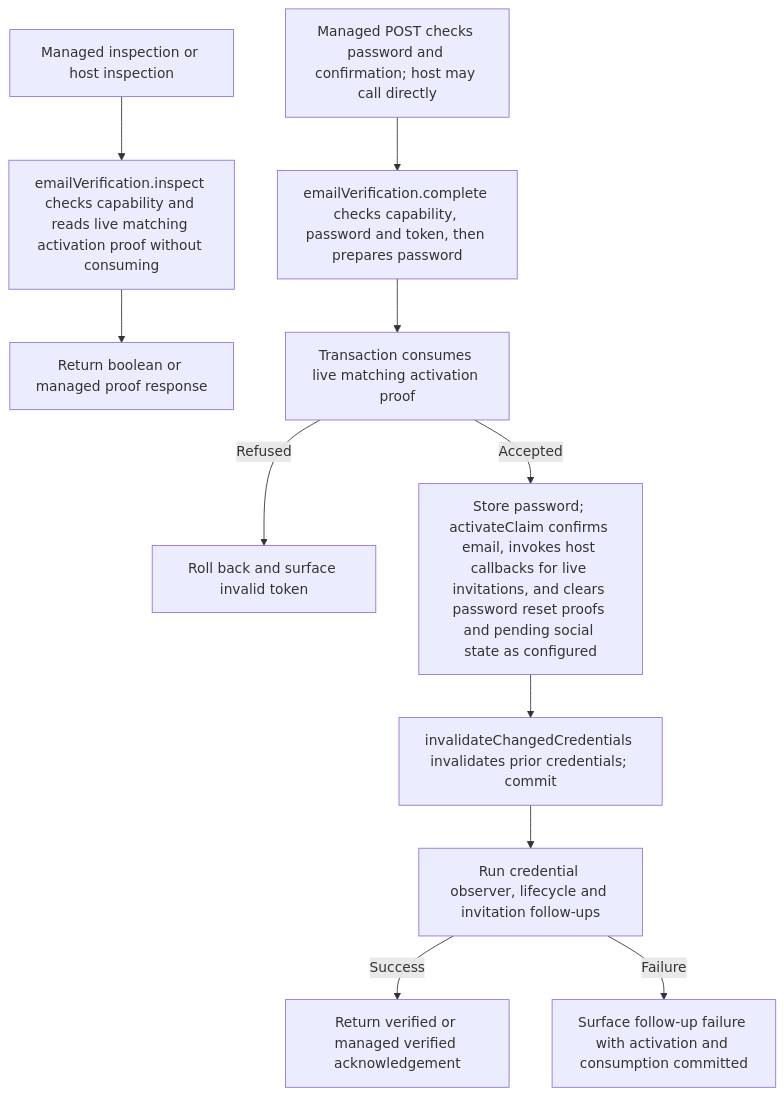
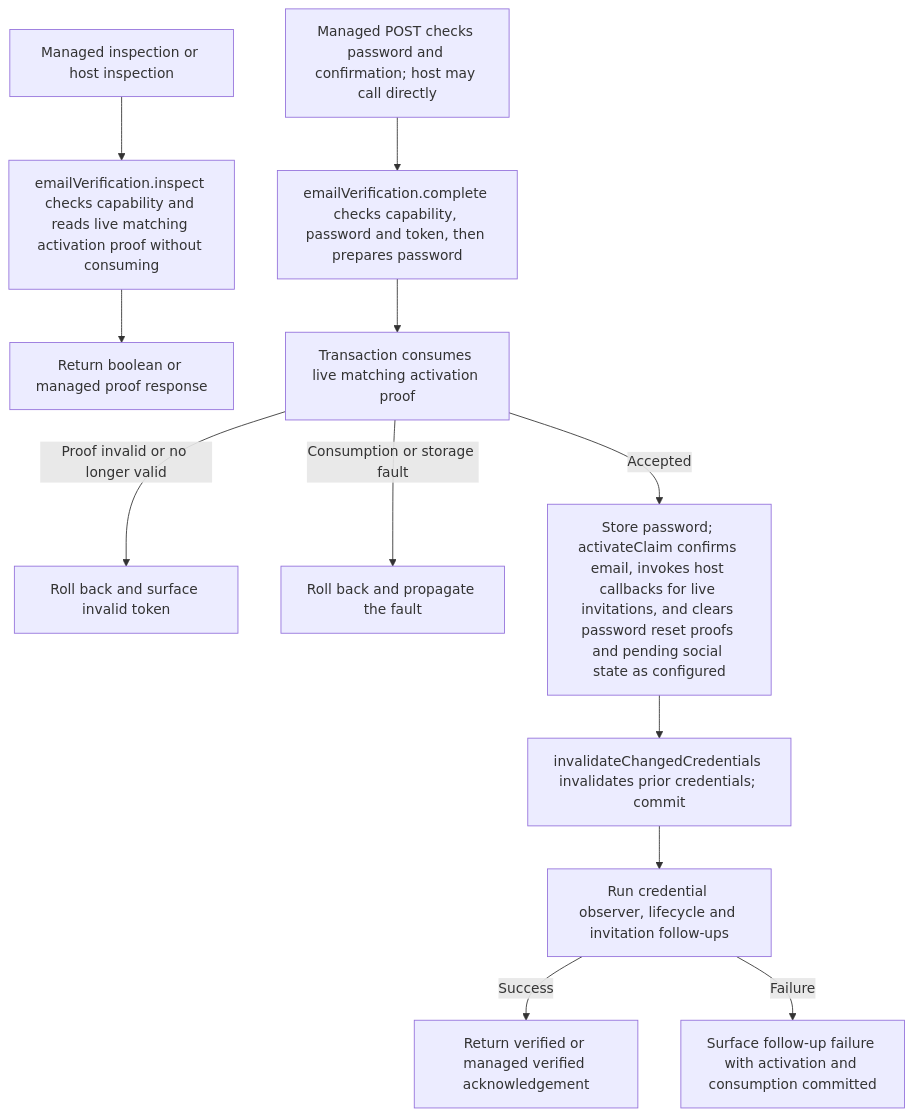
Before and after one commit to Kevinjohn/oss-adonisjs-account-kit: the second of 2 diagrams in user-stories/US-ACCOUNT-38-complete-email-verification.md, drawn with Mermaid. The commit also changed other lines of this file and 16 other files, not shown here.

````diff
--- a/user-stories/US-ACCOUNT-38-complete-email-verification.md
+++ b/user-stories/US-ACCOUNT-38-complete-email-verification.md
@@ -36,13 +36,14 @@
 ```mermaid
 flowchart TD
   M["Managed inspection or host inspection"] --> A["emailVerification.inspect checks capability and reads live matching activation proof without consuming"]
   A --> Q["Return boolean or managed proof response"]
   N["Managed POST checks password and confirmation; host may call directly"] --> E["emailVerification.complete checks capability, password and token, then prepares password"]
   E --> F["Transaction consumes live matching activation proof"]
-  F -->|Refused| R["Roll back and surface invalid token"]
+  F -->|Proof invalid or no longer valid| R["Roll back and surface invalid token"]
+  F -->|Consumption or storage fault| X["Roll back and propagate the fault"]
   F -->|Accepted| G["Store password; activateClaim confirms email, invokes host callbacks for live invitations, and clears password reset proofs and pending social state as configured"]
   G --> H["invalidateChangedCredentials invalidates prior credentials; commit"]
   H --> I["Run credential observer, lifecycle and invitation follow-ups"]
   I -->|Success| K["Return verified or managed verified acknowledgement"]
   I -->|Failure| L["Surface follow-up failure with activation and consumption committed"]
 ```
````
